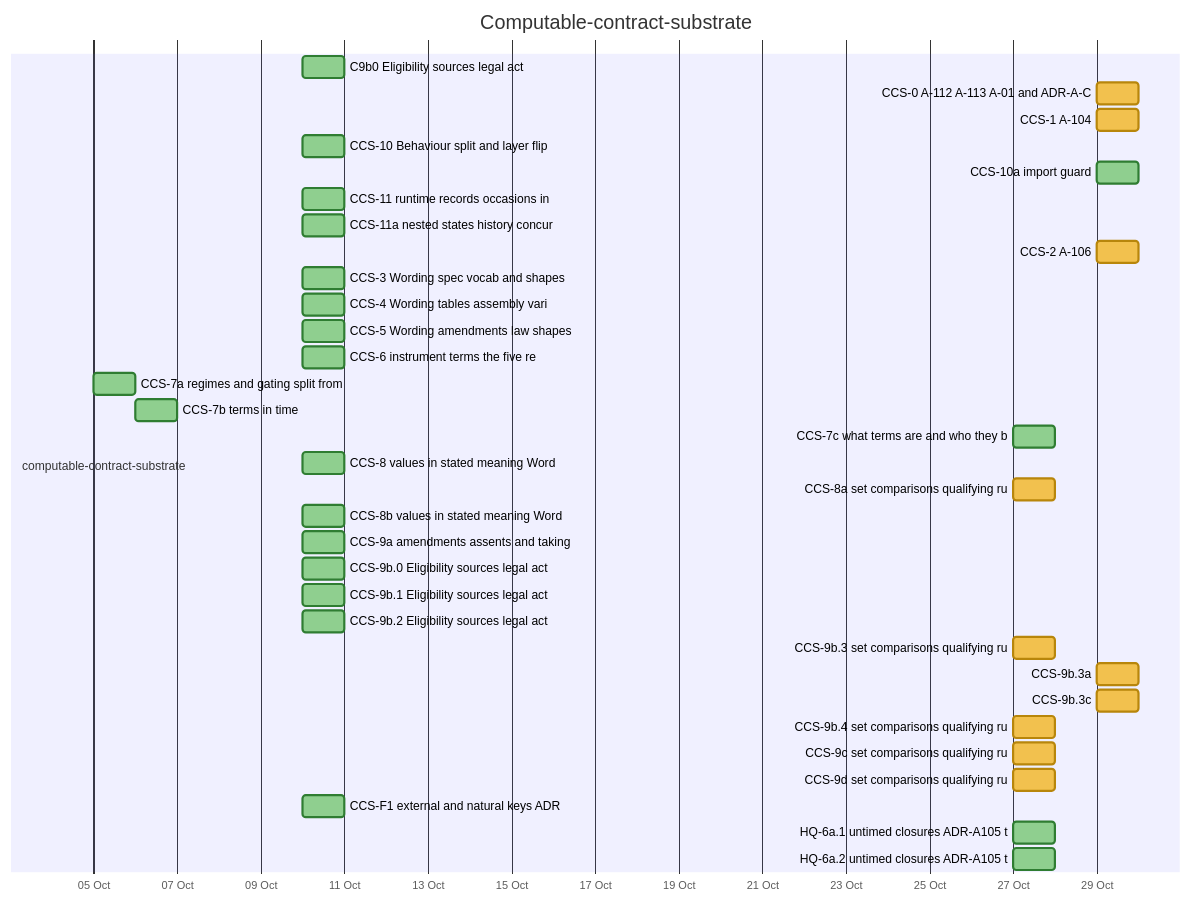
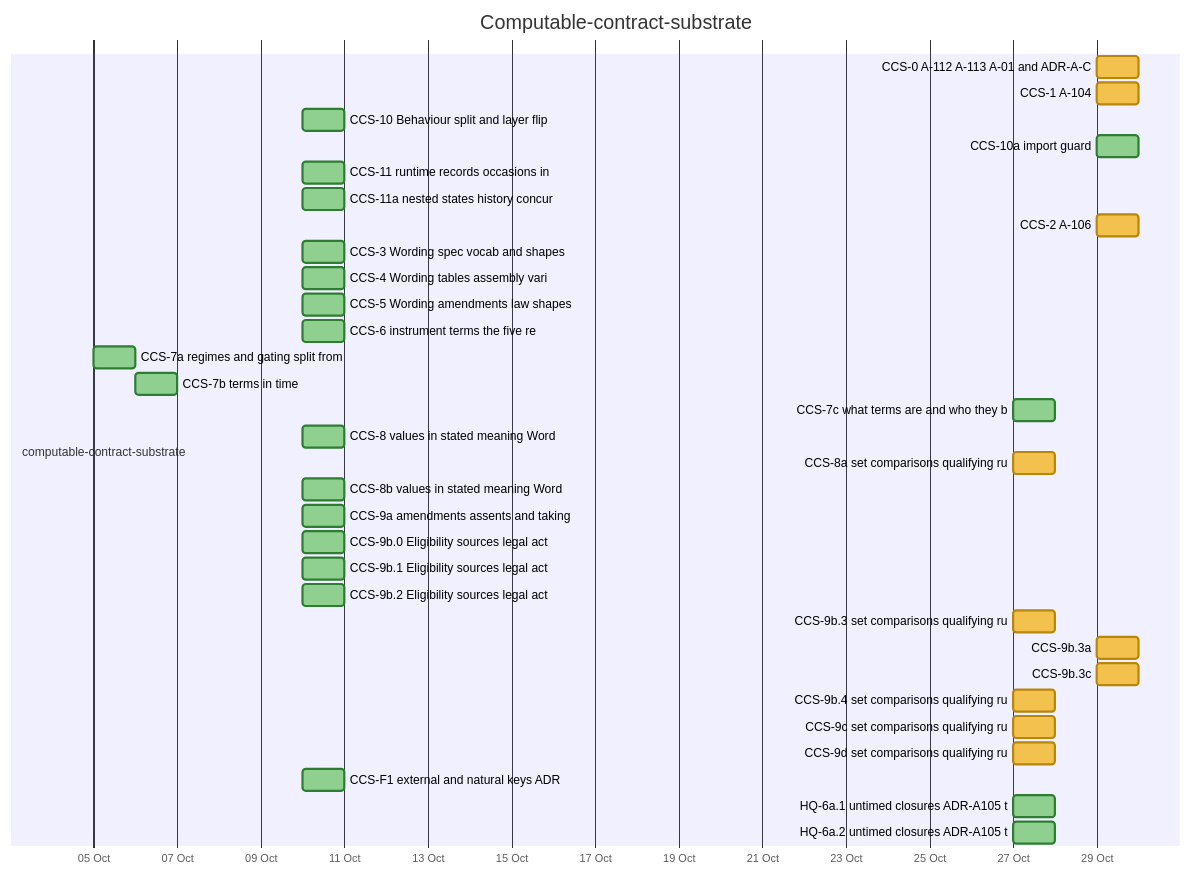
Before and after one commit to nebularis/lattice: the sixth of 25 diagrams in docs/developer/ROADMAP.md, drawn with Mermaid. The commit also changed other lines of this file and 4 other files, not shown here.

````diff
--- a/docs/developer/ROADMAP.md
+++ b/docs/developer/ROADMAP.md
@@ -231,39 +224,38 @@
 ```mermaid
 %%{init: {"themeVariables": {"taskBkgColor": "#f2c14e", "taskBorderColor": "#b8860b", "taskTextColor": "#000000", "activeTaskBkgColor": "#4e9af1", "activeTaskBorderColor": "#1f5fbf", "activeTaskBorderColor": "#1f5fbf", "doneTaskBkgColor": "#8fcf8f", "doneTaskBorderColor": "#2f7d32", "critBkgColor": "#f28b82", "critBorderColor": "#b23a30", "taskTextDarkColor": "#000000", "taskTextLightColor": "#000000"}}}%%
 gantt
     title Computable-contract-substrate
     dateFormat YYYY-MM-DD
     axisFormat %d %b
     section computable-contract-substrate
-    C9b0 Eligibility sources legal act :done, c9b0, 2026-10-10, 2026-10-11
     CCS-0 A-112 A-113 A-01 and ADR-A-C :ccs0, 2026-10-29, 2026-10-30
     CCS-1 A-104 :ccs1, 2026-10-29, 2026-10-30
     CCS-10 Behaviour split and layer flip :done, ccs10, 2026-10-10, 2026-10-11
     CCS-10a import guard :done, ccs10a, 2026-10-29, 2026-10-30
     CCS-11 runtime records occasions in :done, ccs11, 2026-10-10, 2026-10-11
     CCS-11a nested states history concur :done, ccs11a, 2026-10-10, 2026-10-11
     CCS-2 A-106 :ccs2, 2026-10-29, 2026-10-30
     CCS-3 Wording spec vocab and shapes :done, ccs3, 2026-10-10, 2026-10-11
     CCS-4 Wording tables assembly vari :done, ccs4, 2026-10-10, 2026-10-11
     CCS-5 Wording amendments law shapes :done, ccs5, 2026-10-10, 2026-10-11
     CCS-6 instrument terms the five re :done, ccs6, 2026-10-10, 2026-10-11
     CCS-7a regimes and gating split from :done, ccs7a, 2026-10-05, 2026-10-06
     CCS-7b terms in time :done, ccs7b, 2026-10-06, 2026-10-07
     CCS-7c what terms are and who they b :done, ccs7c, 2026-10-27, 2026-10-28
     CCS-8 values in stated meaning Word :done, ccs8, 2026-10-10, 2026-10-11
     CCS-8a set comparisons qualifying ru :ccs8a, 2026-10-27, 2026-10-28
     CCS-8b values in stated meaning Word :done, ccs8b, 2026-10-10, 2026-10-11
     CCS-9a amendments assents and taking :done, ccs9a, 2026-10-10, 2026-10-11
     CCS-9b.0 Eligibility sources legal act :done, ccs9b0, 2026-10-10, 2026-10-11
     CCS-9b.1 Eligibility sources legal act :done, ccs9b1, 2026-10-10, 2026-10-11
     CCS-9b.2 Eligibility sources legal act :done, ccs9b2, 2026-10-10, 2026-10-11
     CCS-9b.3 set comparisons qualifying ru :ccs9b3, 2026-10-27, 2026-10-28
     CCS-9b.3a :ccs9b3a, 2026-10-29, 2026-10-30
     CCS-9b.3c :ccs9b3c, 2026-10-29, 2026-10-30
     CCS-9b.4 set comparisons qualifying ru :ccs9b4, 2026-10-27, 2026-10-28
     CCS-9c set comparisons qualifying ru :ccs9c, 2026-10-27, 2026-10-28
     CCS-9d set comparisons qualifying ru :ccs9d, 2026-10-27, 2026-10-28
     CCS-F1 external and natural keys ADR :done, ccsf1, 2026-10-10, 2026-10-11
     HQ-6a.1 untimed closures ADR-A105 t :done, hq6a1, 2026-10-27, 2026-10-28
     HQ-6a.2 untimed closures ADR-A105 t :done, hq6a2, 2026-10-27, 2026-10-28
 ```
````
